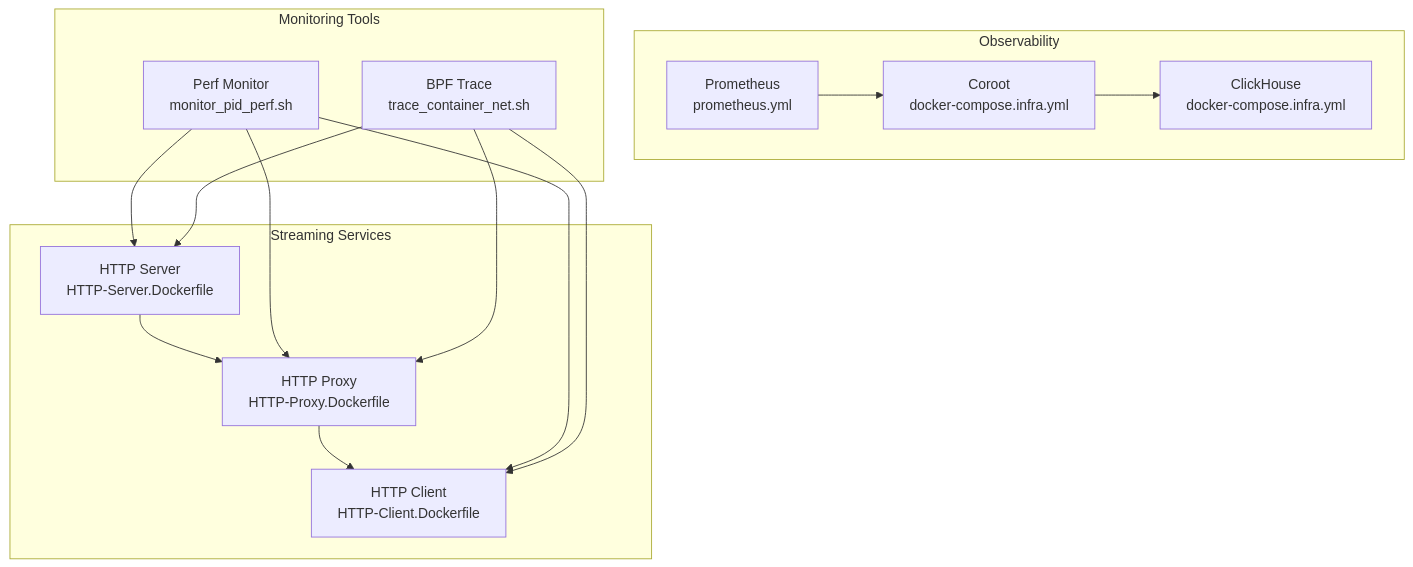
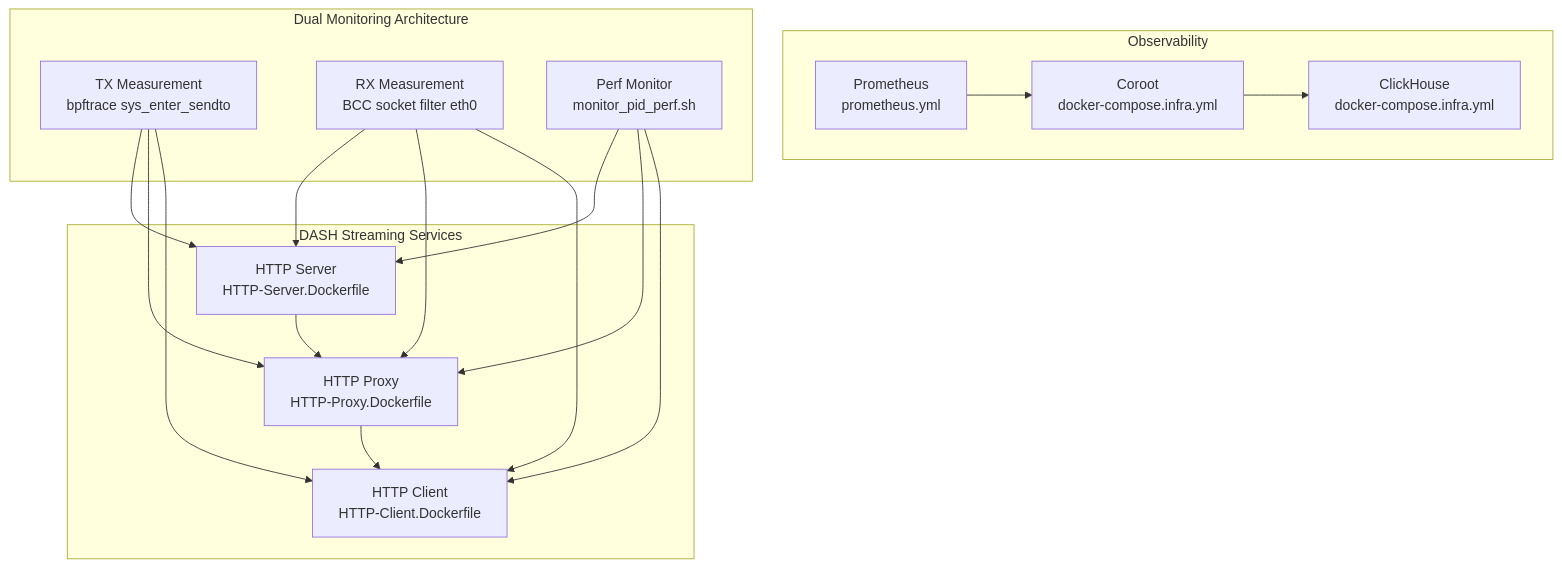
The first of 4 diagrams in .qoder/repowiki/en/content/Integration Components/Network Monitoring System.md (Fogus-Gr/MeasurementsDTs), drawn with Mermaid before and after one commit. The commit also changed other lines of this file and 10 other files, not shown here.

````diff
--- a/.qoder/repowiki/en/content/Integration Components/Network Monitoring System.md
+++ b/.qoder/repowiki/en/content/Integration Components/Network Monitoring System.md
@@ -42,27 +53,31 @@
 ```mermaid
 graph TB
-subgraph "Streaming Services"
+subgraph "DASH Streaming Services"
 HS["HTTP Server<br/>HTTP-Server.Dockerfile"]
 HP["HTTP Proxy<br/>HTTP-Proxy.Dockerfile"]
 HC["HTTP Client<br/>HTTP-Client.Dockerfile"]
 end
 subgraph "Observability"
 PROM["Prometheus<br/>prometheus.yml"]
 COROOT["Coroot<br/>docker-compose.infra.yml"]
 CH["ClickHouse<br/>docker-compose.infra.yml"]
 end
-subgraph "Monitoring Tools"
+subgraph "Dual Monitoring Architecture"
+TX["TX Measurement<br/>bpftrace sys_enter_sendto"]
+RX["RX Measurement<br/>BCC socket filter eth0"]
 PERF["Perf Monitor<br/>monitor_pid_perf.sh"]
-TRACE["BPF Trace<br/>trace_container_net.sh"]
 end
 HS --> HP
 HP --> HC
+TX --> HS
+TX --> HP
+TX --> HC
+RX --> HS
+RX --> HP
+RX --> HC
 PERF --> HS
 PERF --> HP
 PERF --> HC
-TRACE --> HS
-TRACE --> HP
-TRACE --> HC
 PROM --> COROOT
 COROOT --> CH
 ```
````
